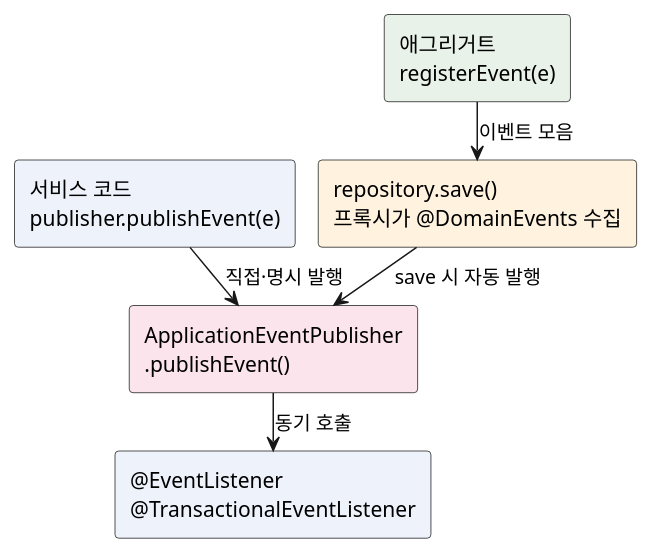
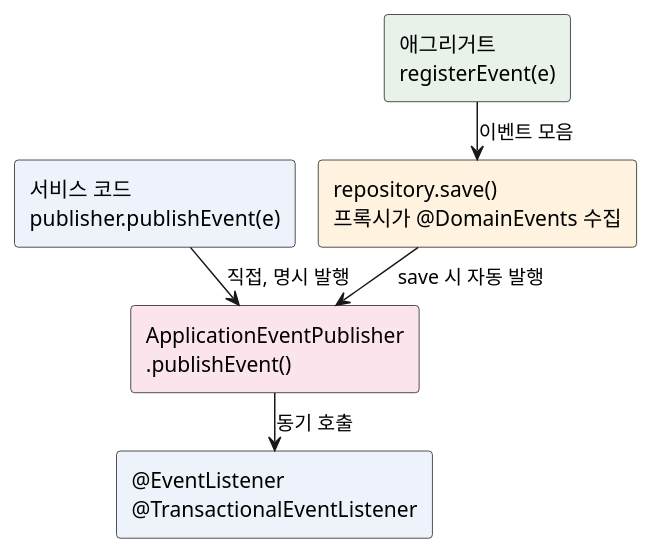
One commit to johnycho/johny-dev changed the diagram in blog/2026-10-22-spring-domain-events-vs-application-event-publisher.mdx. Above: the diagram before and after it, drawn with PlantUML. The commit also changed other lines of this file and 188 other files, not shown here.

````diff
--- a/blog/2026-10-22-spring-domain-events-vs-application-event-publisher.mdx
+++ b/blog/2026-10-22-spring-domain-events-vs-application-event-publisher.mdx
@@ -118,20 +118,20 @@
 ```plantuml
 @startuml
 skinparam shadowing false
 skinparam defaultFontName sans-serif
 skinparam ranksep 20
 skinparam nodesep 16
 hide empty members
 
 rectangle "서비스 코드\npublisher.publishEvent(e)" as SVC #EEF3FB
 rectangle "애그리거트\nregisterEvent(e)" as AGG #E9F2E9
 rectangle "repository.save()\n프록시가 @DomainEvents 수집" as REPO #FFF3E0
 rectangle "ApplicationEventPublisher\n.publishEvent()" as PUB #FCE4EC
 rectangle "@EventListener\n@TransactionalEventListener" as LIS #EEF3FB
 
-SVC --> PUB : 직접·명시 발행
+SVC --> PUB : 직접, 명시 발행
 AGG --> REPO : 이벤트 모음
 REPO --> PUB : save 시 자동 발행
 PUB --> LIS : 동기 호출
 @enduml
 ```
````
